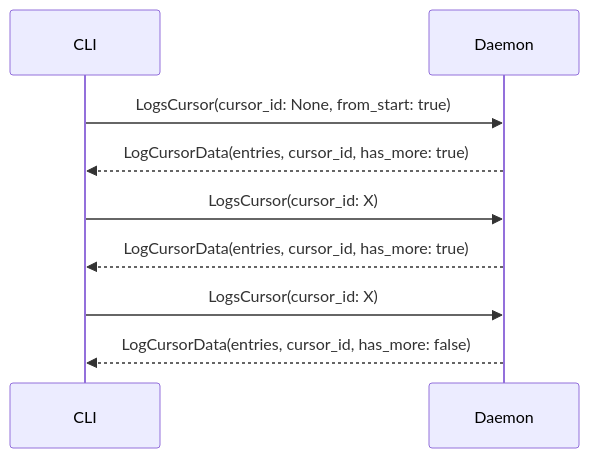
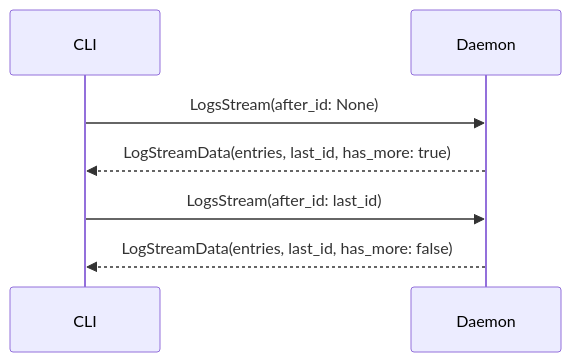
The second of 2 diagrams in docs/protocol.md (maleus-ai/kepler), drawn with Mermaid before and after one commit. The commit also changed other lines of this file and 63 other files, not shown here.

````diff
--- a/docs/protocol.md
+++ b/docs/protocol.md
@@ -198,9 +236,7 @@
 ```mermaid
 sequenceDiagram
-    CLI->>Daemon: LogsCursor(cursor_id: None, from_start: true)
-    Daemon-->>CLI: LogCursorData(entries, cursor_id, has_more: true)
-    CLI->>Daemon: LogsCursor(cursor_id: X)
-    Daemon-->>CLI: LogCursorData(entries, cursor_id, has_more: true)
-    CLI->>Daemon: LogsCursor(cursor_id: X)
-    Daemon-->>CLI: LogCursorData(entries, cursor_id, has_more: false)
+    CLI->>Daemon: LogsStream(after_id: None)
+    Daemon-->>CLI: LogStreamData(entries, last_id, has_more: true)
+    CLI->>Daemon: LogsStream(after_id: last_id)
+    Daemon-->>CLI: LogStreamData(entries, last_id, has_more: false)
 ```
````
